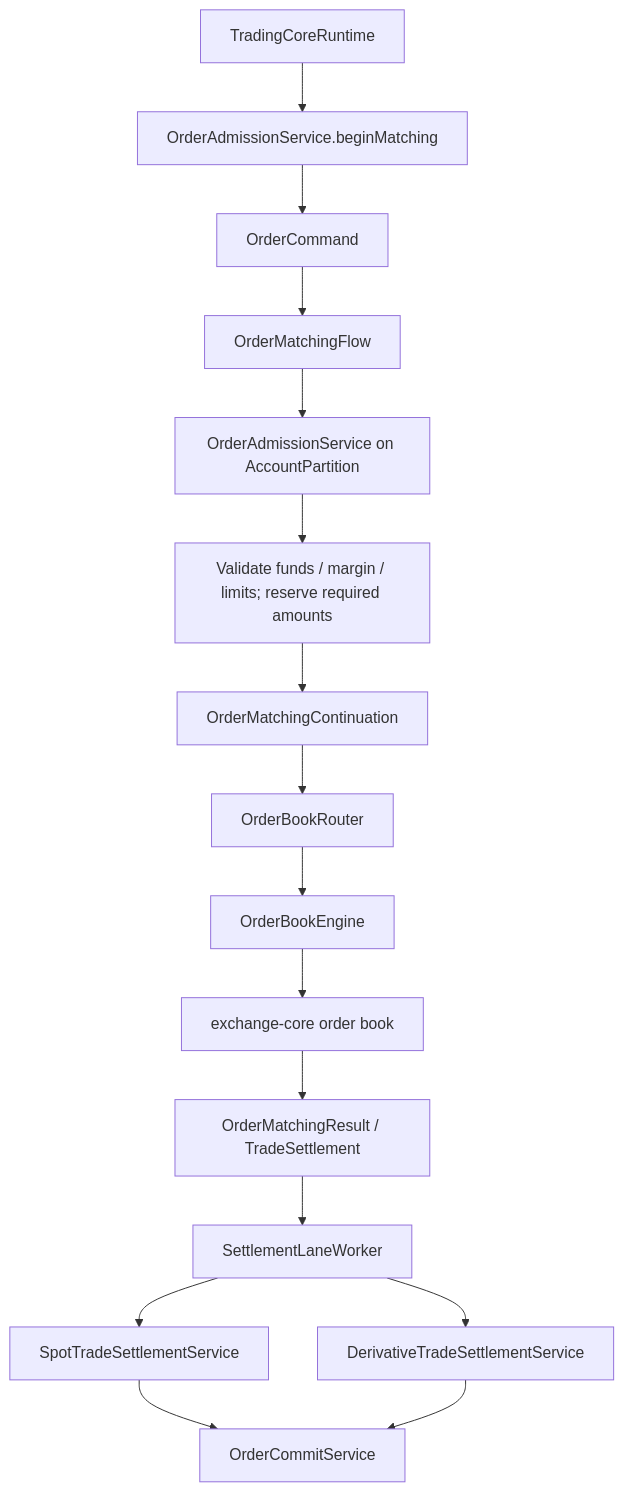
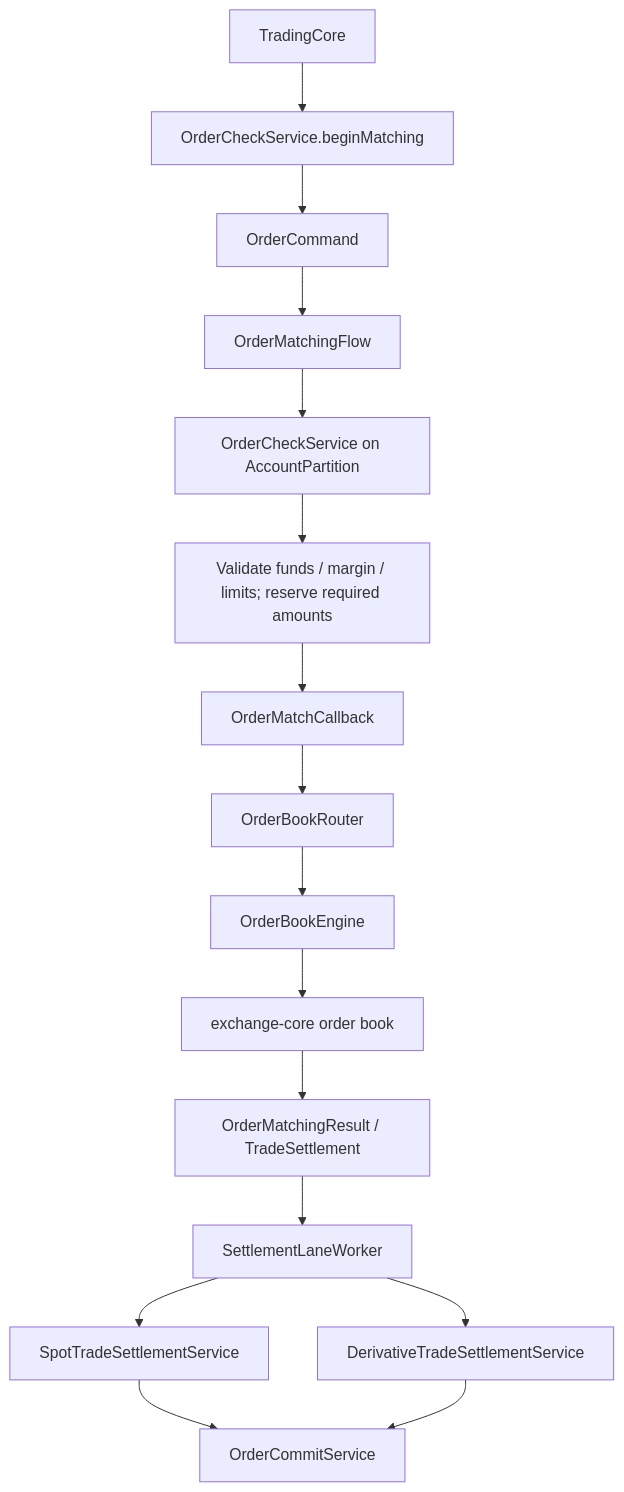
The fourth of 15 diagrams in README.md (lilaizhencn/surprising-ex), drawn with Mermaid before and after one commit. The commit also changed other lines of this file and 329 other files, not shown here.

````diff
--- a/README.md
+++ b/README.md
@@ -138,18 +138,18 @@
 ```mermaid
 flowchart TB
-    Runtime[TradingCoreRuntime] --> Admission[OrderAdmissionService.beginMatching]
+    Runtime[TradingCore] --> Admission[OrderCheckService.beginMatching]
     Admission --> Slot[OrderCommand]
     Slot --> Flow[OrderMatchingFlow]
-    Flow --> Lane[OrderAdmissionService on AccountPartition]
+    Flow --> Lane[OrderCheckService on AccountPartition]
     Lane --> Check[Validate funds / margin / limits; reserve required amounts]
-    Check --> Continuation[OrderMatchingContinuation]
+    Check --> Continuation[OrderMatchCallback]
     Continuation --> Pipeline[OrderBookRouter]
     Pipeline --> Adapter[OrderBookEngine]
     Adapter --> Native[exchange-core order book]
     Native --> Event[OrderMatchingResult / TradeSettlement]
     Event --> Worker[SettlementLaneWorker]
     Worker --> Spot[SpotTradeSettlementService]
     Worker --> Derivative[DerivativeTradeSettlementService]
     Spot --> Commit[OrderCommitService]
     Derivative --> Commit
 ```
````
